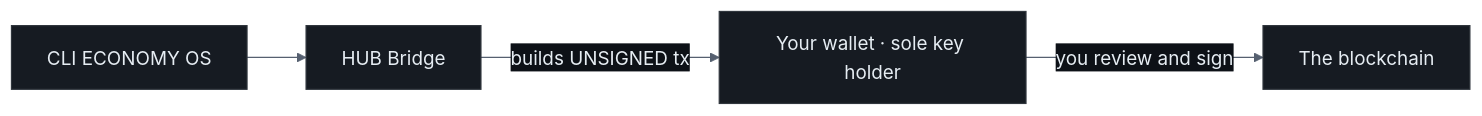
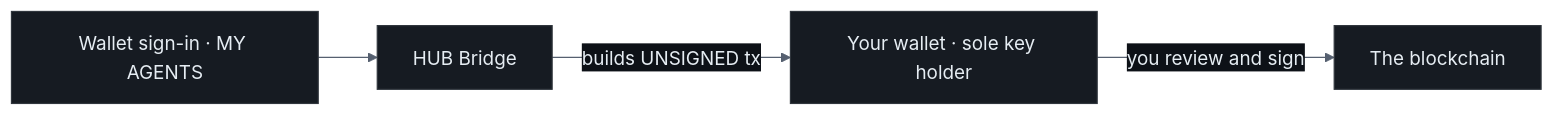
Before and after one commit to devclone20/cloneframe_app_executable: the sixth of 8 diagrams in docs/CONNECT.md, drawn with Mermaid. The commit also changed other lines of this file and 3 other files, not shown here.

````diff
--- a/docs/CONNECT.md
+++ b/docs/CONNECT.md
@@ -314,7 +315,7 @@
 ```mermaid
 %%{init: {'theme':'base','themeVariables':{'background':'#0d1117','mainBkg':'#161b22','primaryColor':'#161b22','primaryBorderColor':'#ff3b30','primaryTextColor':'#e6edf3','nodeBorder':'#30363d','nodeTextColor':'#e6edf3','lineColor':'#566070','secondaryColor':'#161b22','tertiaryColor':'#0d1117','clusterBkg':'#10151c','clusterBorder':'#30363d','titleColor':'#e6edf3','edgeLabelBackground':'#0d1117','fontFamily':'ui-monospace, SFMono-Regular, Menlo, monospace','actorBkg':'#161b22','actorBorder':'#ff3b30','actorTextColor':'#e6edf3','signalColor':'#8b949e','signalTextColor':'#c9d1d9','labelBoxBkgColor':'#161b22','labelBoxBorderColor':'#30363d','labelTextColor':'#e6edf3','loopTextColor':'#e6edf3','noteBkgColor':'#1c2028','noteBorderColor':'#e8b86d','noteTextColor':'#c9d1d9','activationBkgColor':'#30363d','activationBorderColor':'#8b949e','sequenceNumberColor':'#0d1117'}}}%%
 flowchart LR
-  UI["CLI ECONOMY OS"] --> Bridge["HUB Bridge"]
+  UI["Wallet sign-in · MY AGENTS"] --> Bridge["HUB Bridge"]
   Bridge -->|"builds UNSIGNED tx"| Wallet["Your wallet · sole key holder"]
   Wallet -->|"you review and sign"| Chain["The blockchain"]
 ```
````
